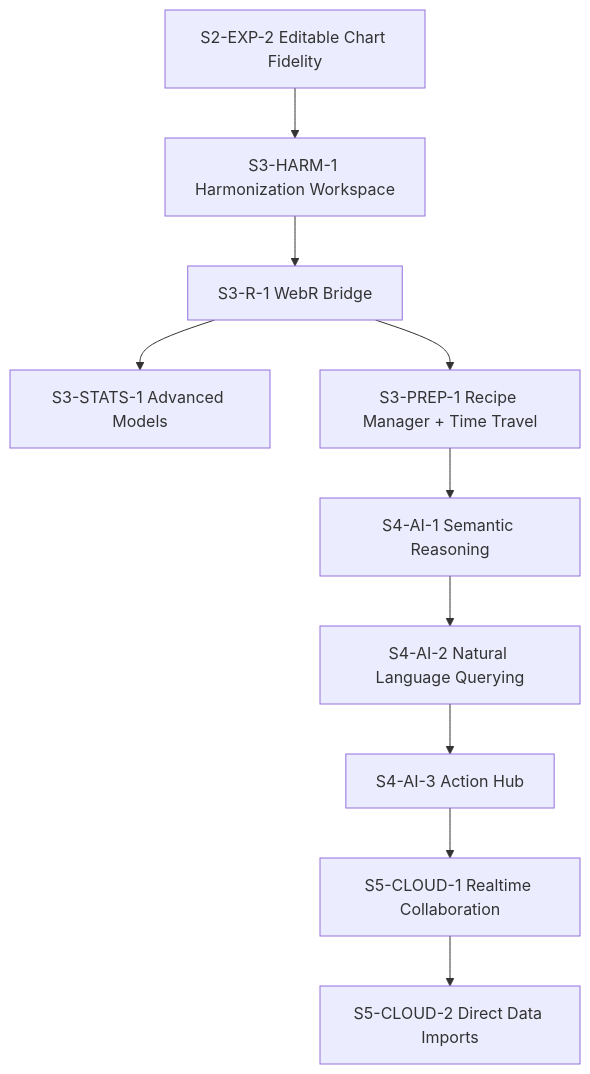
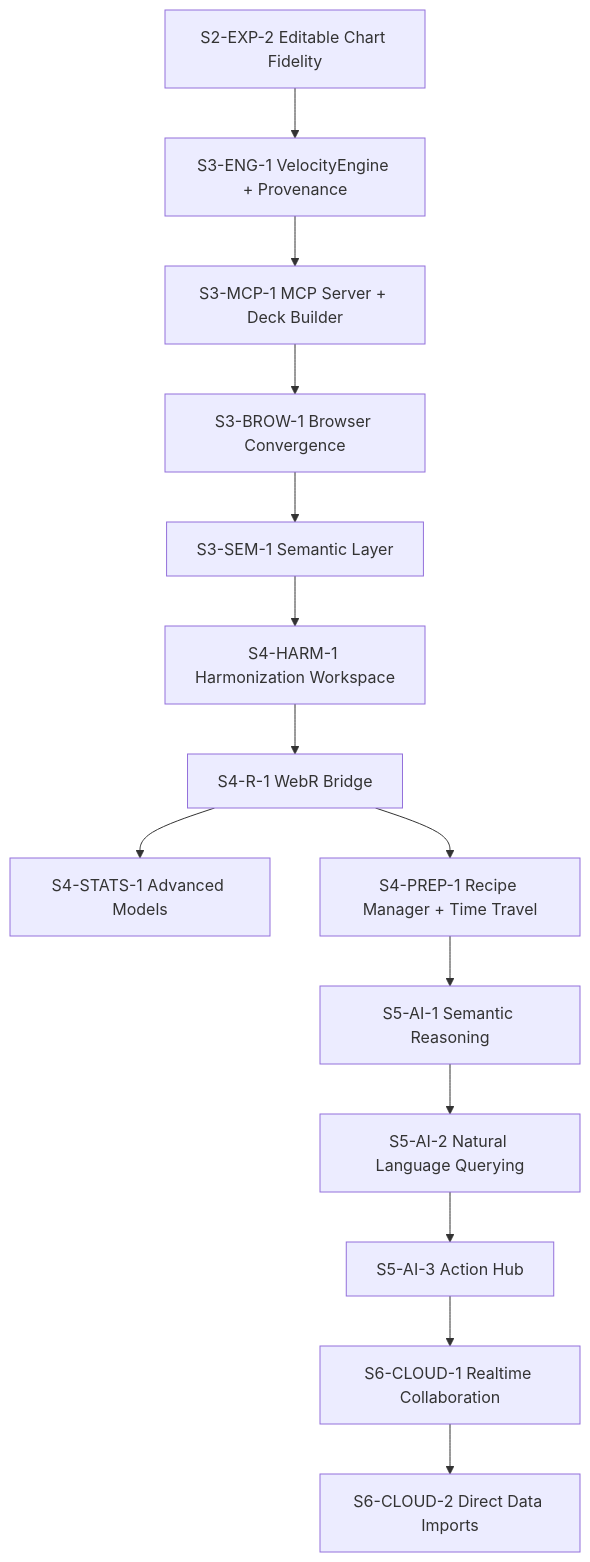
The diagram in docs/tracker_00_implementation_status.md (cbrown564-alt/Velocity), drawn with Mermaid before and after one commit. The commit also changed other lines of this file, not shown here.

````diff
--- a/docs/tracker_00_implementation_status.md
+++ b/docs/tracker_00_implementation_status.md
@@ -33,15 +33,19 @@
 ```mermaid
 graph TD
-  S2EXP2["S2-EXP-2 Editable Chart Fidelity"] --> S3HARM1["S3-HARM-1 Harmonization Workspace"]
+  S2EXP2["S2-EXP-2 Editable Chart Fidelity"] --> S3ENG1["S3-ENG-1 VelocityEngine + Provenance"]
+  S3ENG1 --> S3MCP1["S3-MCP-1 MCP Server + Deck Builder"]
+  S3MCP1 --> S3BROW1["S3-BROW-1 Browser Convergence"]
+  S3BROW1 --> S3SEM1["S3-SEM-1 Semantic Layer"]
 
-  S3HARM1 --> S3R1["S3-R-1 WebR Bridge"]
-  S3R1 --> S3STATS1["S3-STATS-1 Advanced Models"]
-  S3R1 --> S3PREP1["S3-PREP-1 Recipe Manager + Time Travel"]
+  S3SEM1 --> S4HARM1["S4-HARM-1 Harmonization Workspace"]
+  S4HARM1 --> S4R1["S4-R-1 WebR Bridge"]
+  S4R1 --> S4STATS1["S4-STATS-1 Advanced Models"]
+  S4R1 --> S4PREP1["S4-PREP-1 Recipe Manager + Time Travel"]
 
-  S3PREP1 --> S4AI1["S4-AI-1 Semantic Reasoning"]
-  S4AI1 --> S4AI2["S4-AI-2 Natural Language Querying"]
-  S4AI2 --> S4AI3["S4-AI-3 Action Hub"]
+  S4PREP1 --> S5AI1["S5-AI-1 Semantic Reasoning"]
+  S5AI1 --> S5AI2["S5-AI-2 Natural Language Querying"]
+  S5AI2 --> S5AI3["S5-AI-3 Action Hub"]
 
-  S4AI3 --> S5CLOUD1["S5-CLOUD-1 Realtime Collaboration"]
-  S5CLOUD1 --> S5CLOUD2["S5-CLOUD-2 Direct Data Imports"]
+  S5AI3 --> S6CLOUD1["S6-CLOUD-1 Realtime Collaboration"]
+  S6CLOUD1 --> S6CLOUD2["S6-CLOUD-2 Direct Data Imports"]
 ```
````
